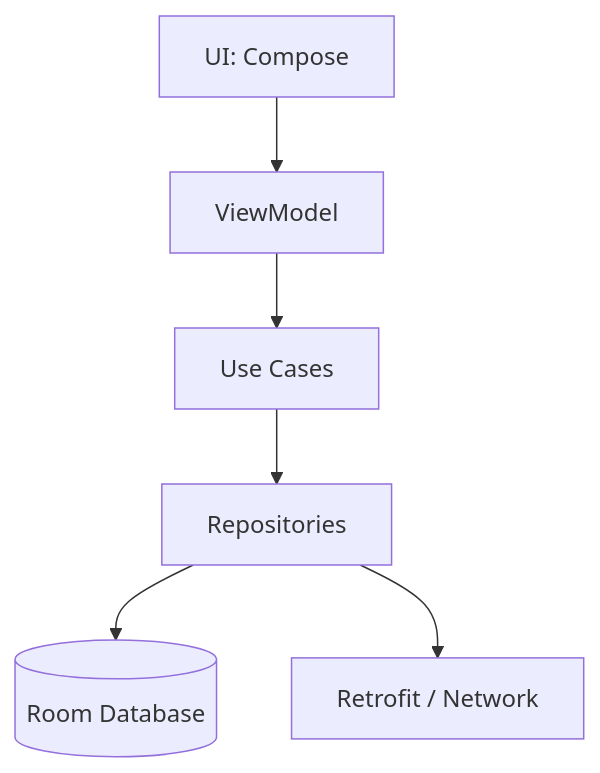
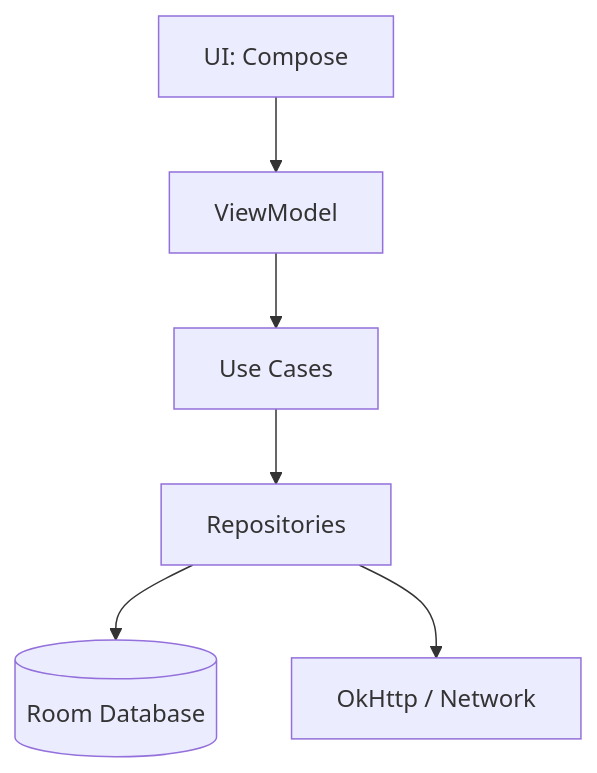
Before and after one commit to merilainen-star/Treenivalmentaja2000: the second of 2 diagrams in docs/ARCHITECTURE.md, drawn with Mermaid. The commit also changed other lines of this file and 48 other files, not shown here.

````diff
--- a/docs/ARCHITECTURE.md
+++ b/docs/ARCHITECTURE.md
@@ -38,8 +40,8 @@
 ```mermaid
 graph TD
     UI[UI: Compose] --> VM[ViewModel]
     VM --> UC[Use Cases]
     UC --> Repo[Repositories]
     Repo --> DB[(Room Database)]
-    Repo --> Net[Retrofit / Network]
+    Repo --> Net[OkHttp / Network]
 ```
````
